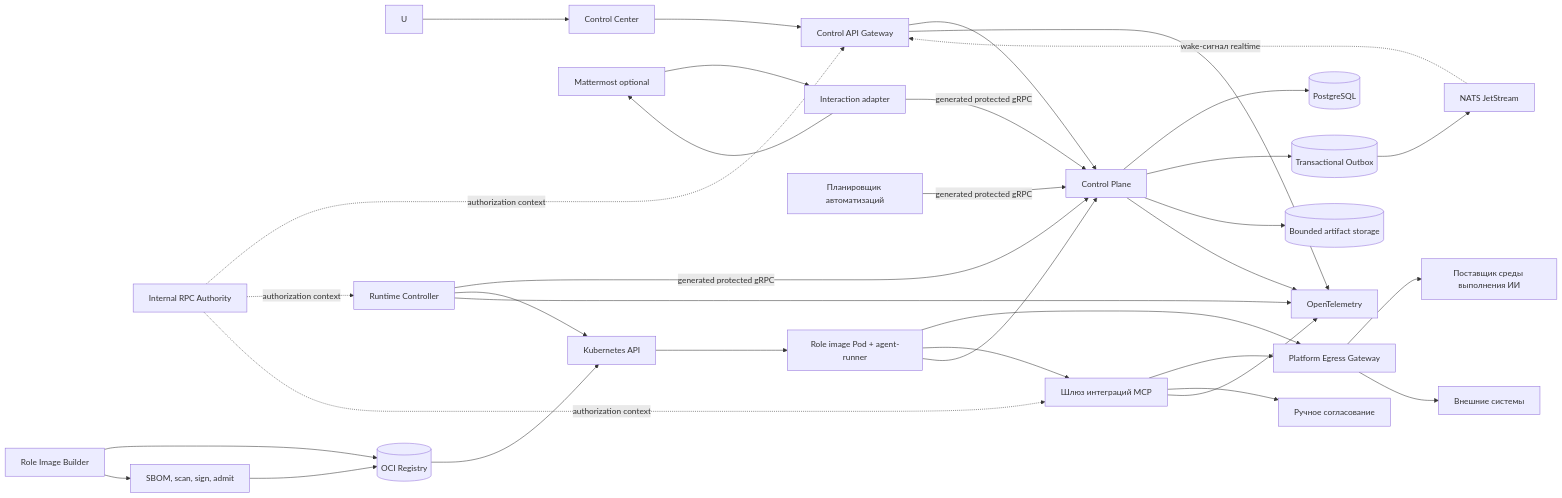
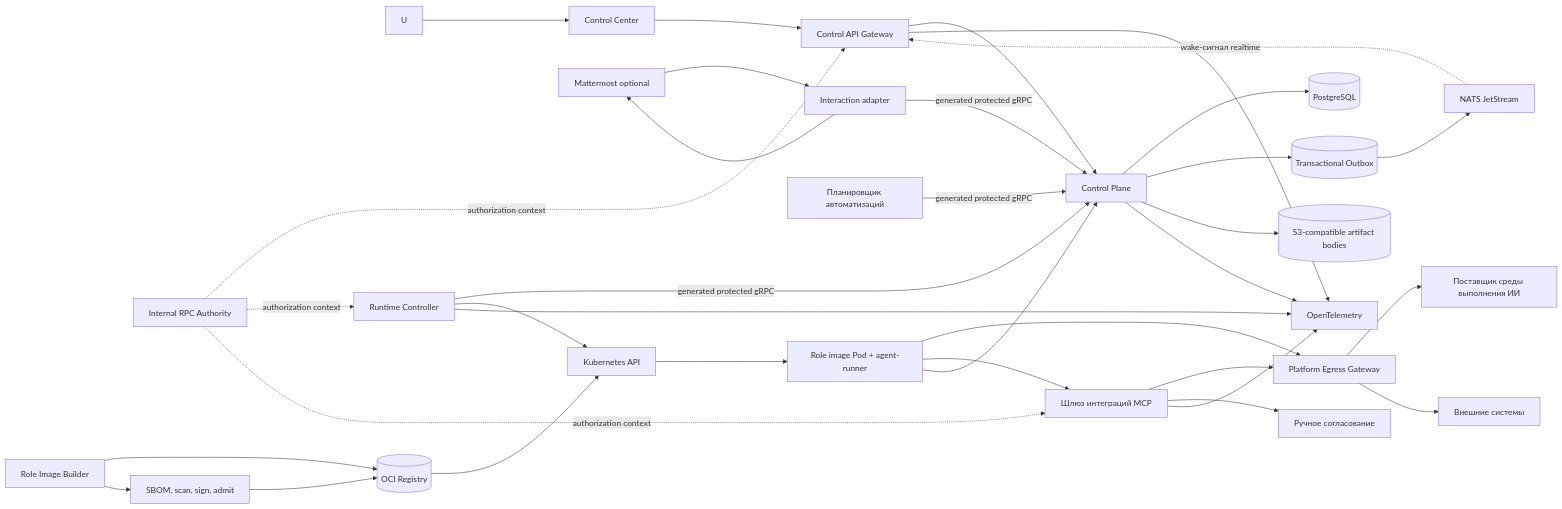
The diagram in docs/architecture/high-level-architecture.md (codex-k8s/kodex), drawn with Mermaid before and after one commit. The commit also changed other lines of this file and 33 other files, not shown here.

````diff
--- a/docs/architecture/high-level-architecture.md
+++ b/docs/architecture/high-level-architecture.md
@@ -13,36 +13,36 @@
 ```mermaid
 flowchart LR
     U --> CC[Control Center]
     CC --> CAG[Control API Gateway]
     CAG --> CP[Control Plane]
     MM[Mattermost optional] --> IA[Interaction adapter]
     IA -- generated protected gRPC --> CP
     IRA[Internal RPC Authority] -. authorization context .-> CAG
     IRA -. authorization context .-> RC
     IRA -. authorization context .-> MG
     CP --> PG[(PostgreSQL)]
     CP --> OB[(Transactional Outbox)]
     OB --> NATS[NATS JetStream]
     AS[Планировщик автоматизаций] -- generated protected gRPC --> CP
     NATS -. wake-сигнал realtime .-> CAG
     RC[Runtime Controller] -- generated protected gRPC --> CP
     RC --> K8S[Kubernetes API]
     K8S --> AR[Role image Pod + agent-runner]
     AR --> EG[Platform Egress Gateway]
     EG --> AI[Поставщик среды выполнения ИИ]
     AR --> MG[Шлюз интеграций MCP]
     MG --> EG
     EG --> EXT[Внешние системы]
     MG --> AP[Ручное согласование]
     AR --> CP
-    CP --> AB[(Bounded artifact storage)]
+    CP --> S3[(S3-compatible artifact bodies)]
     IA --> MM
     RIB[Role Image Builder] --> REG[(OCI Registry)]
     RIB --> ADM[SBOM, scan, sign, admit]
     ADM --> REG
     REG --> K8S
     CP --> OT[OpenTelemetry]
     CAG --> OT
     RC --> OT
     MG --> OT
 ```
````
